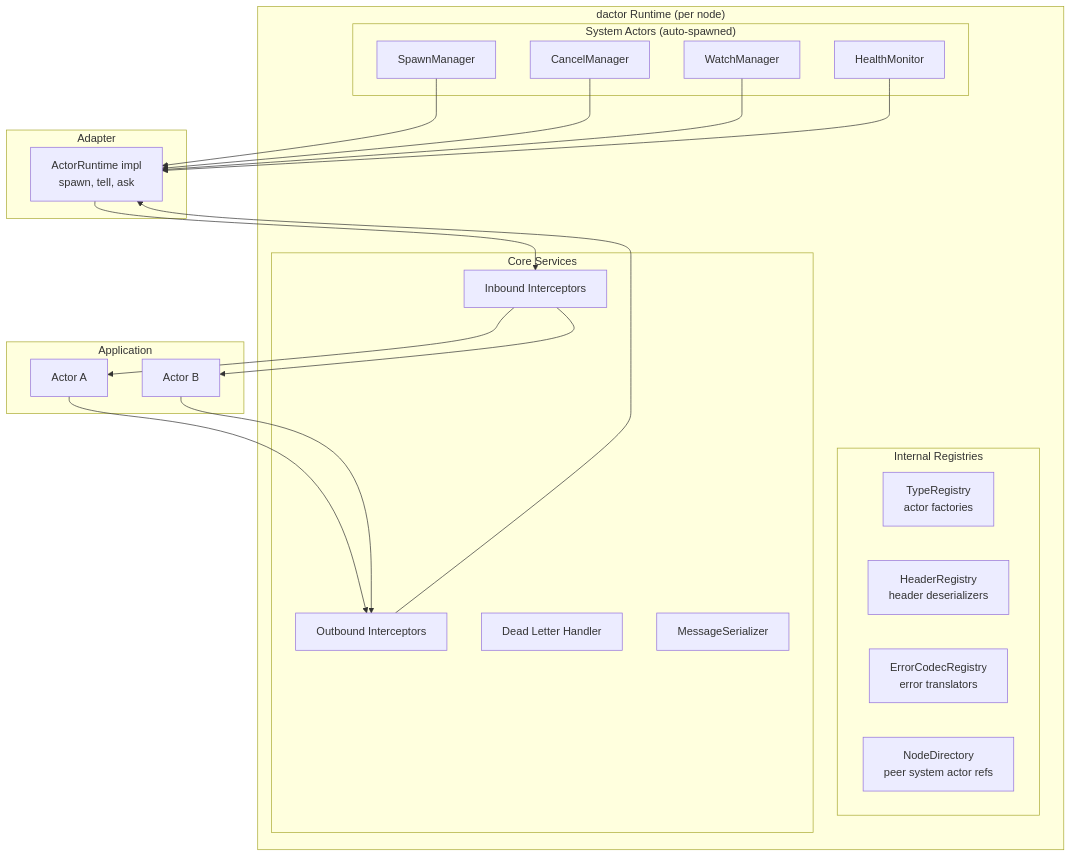
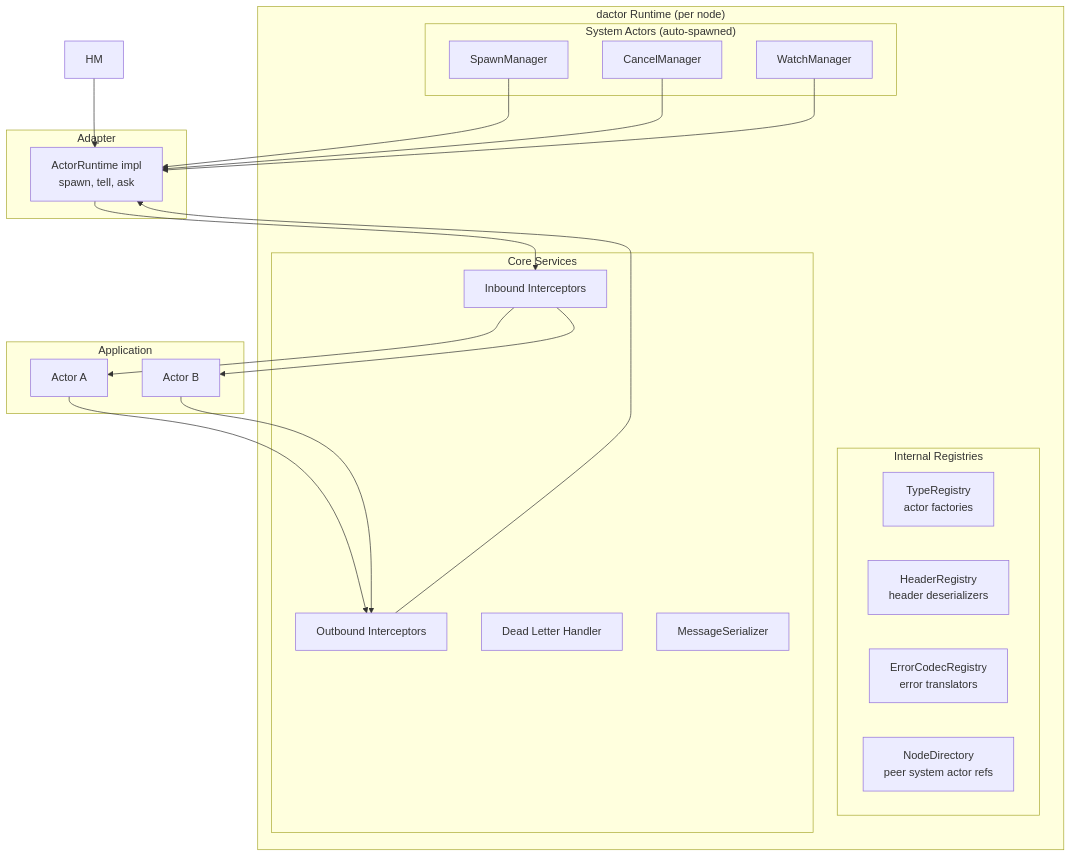
Diagram 16 of 30 in docs/design-v0.2.md (ditas-team/dactor), drawn with Mermaid before and after one commit. The commit also changed other lines of this file, not shown here.

````diff
--- a/docs/design-v0.2.md
+++ b/docs/design-v0.2.md
@@ -3570,34 +3571,33 @@
 ```mermaid
 graph TB
     subgraph "dactor Runtime (per node)"
         subgraph "System Actors (auto-spawned)"
             SM[SpawnManager]
             CM[CancelManager]
             WM[WatchManager]
-            HM[HealthMonitor]
         end
         subgraph "Internal Registries"
             TR[TypeRegistry<br/>actor factories]
             HR[HeaderRegistry<br/>header deserializers]
             ER[ErrorCodecRegistry<br/>error translators]
             ND[NodeDirectory<br/>peer system actor refs]
         end
         subgraph "Core Services"
             OI[Outbound Interceptors]
             II[Inbound Interceptors]
             DL[Dead Letter Handler]
             MS[MessageSerializer]
         end
     end
     subgraph "Adapter"
         AR[ActorRuntime impl<br/>spawn, tell, ask]
     end
     subgraph "Application"
         A1[Actor A]
         A2[Actor B]
     end
 
     A1 & A2 --> OI --> AR
     AR --> II --> A1 & A2
     SM & CM & WM & HM --> AR
 ```
````
